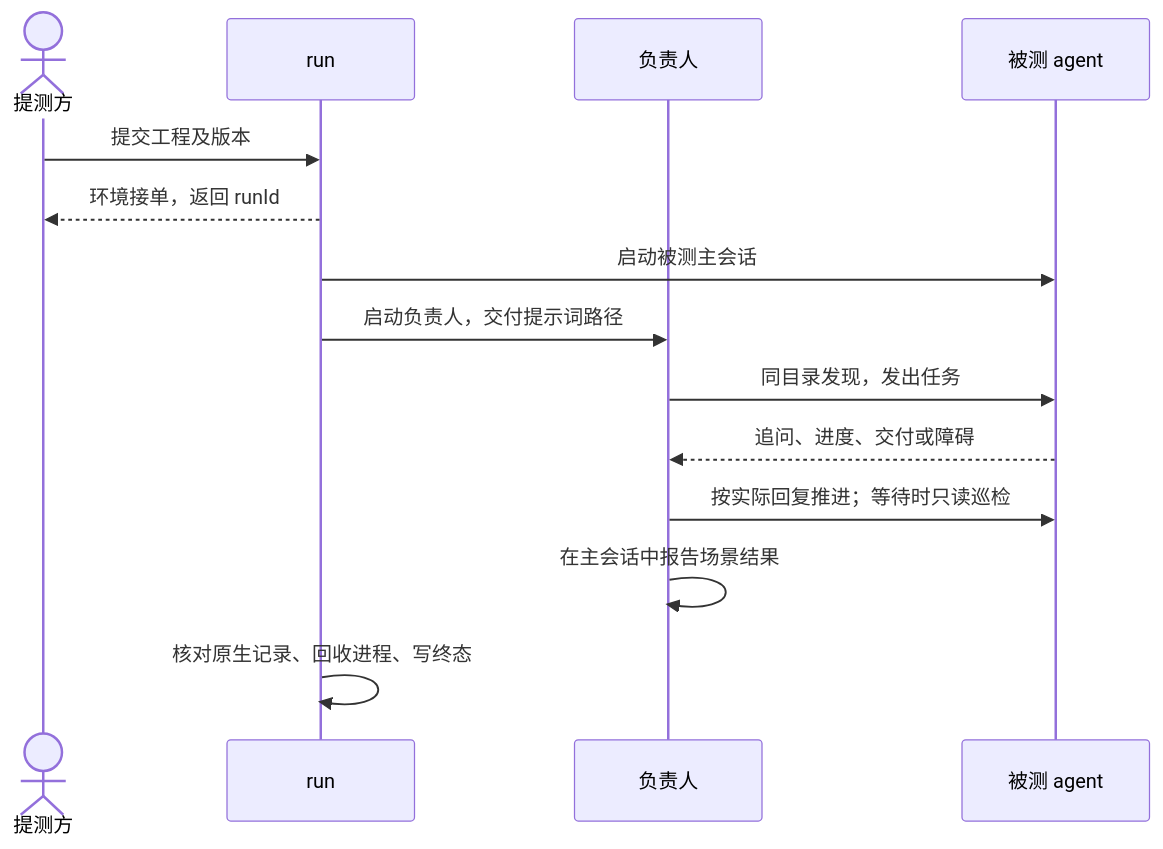
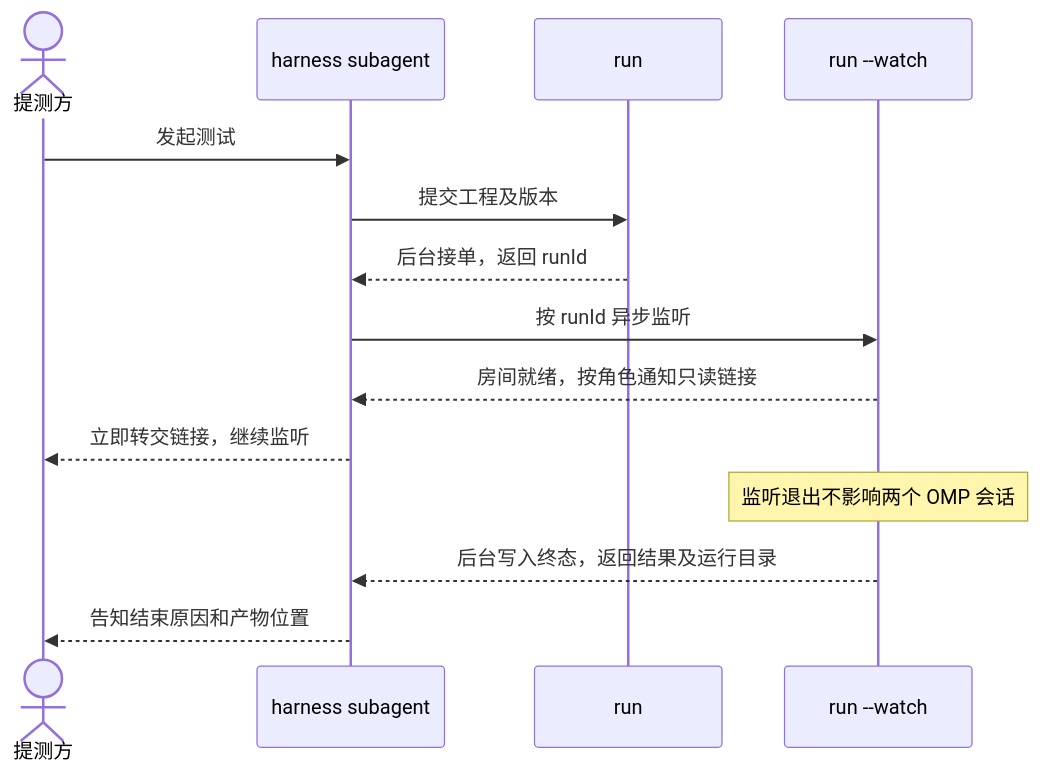
Before and after one commit to jidibinlin/clarity-skills: the diagram in agent-test/README.md, drawn with Mermaid. The commit also changed other lines of this file and 9 other files, not shown here.

First line of the commit message:
feat: stream read-only OMP rooms and run outcomes by test ID

````diff
--- a/agent-test/README.md
+++ b/agent-test/README.md
@@ -115,16 +137,16 @@
 ```mermaid
 sequenceDiagram
     actor U as 提测方
+    participant S as harness subagent
     participant R as run
-    participant C as 负责人
-    participant A as 被测 agent
-    U->>R: 提交工程及版本
-    R-->>U: 环境接单，返回 runId
-    R->>A: 启动被测主会话
-    R->>C: 启动负责人，交付提示词路径
-    C->>A: 同目录发现，发出任务
-    A-->>C: 追问、进度、交付或障碍
-    C->>A: 按实际回复推进；等待时只读巡检
-    C->>C: 在主会话中报告场景结果
-    R->>R: 核对原生记录、回收进程、写终态
+    participant W as run --watch
+    U->>S: 发起测试
+    S->>R: 提交工程及版本
+    R-->>S: 后台接单，返回 runId
+    S->>W: 按 runId 异步监听
+    W-->>S: 房间就绪，按角色通知只读链接
+    S-->>U: 立即转交链接，继续监听
+    Note over W: 监听退出不影响两个 OMP 会话
+    W-->>S: 后台写入终态，返回结果及运行目录
+    S-->>U: 告知结束原因和产物位置
 ```
````
